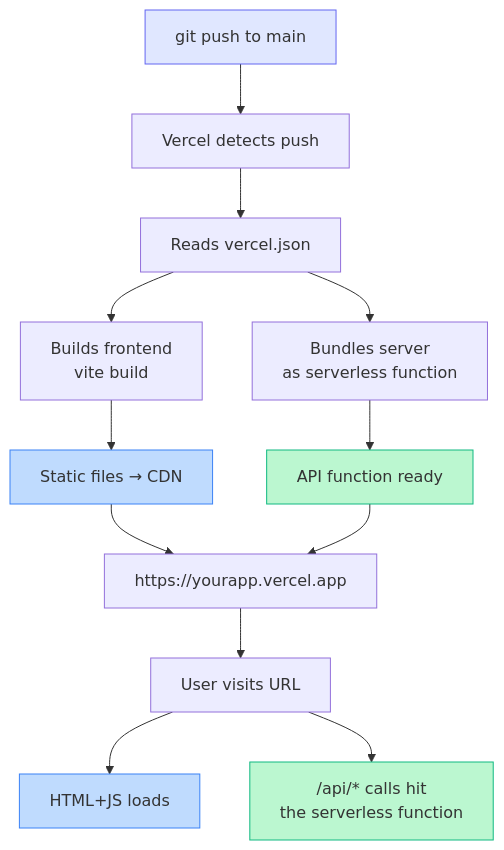
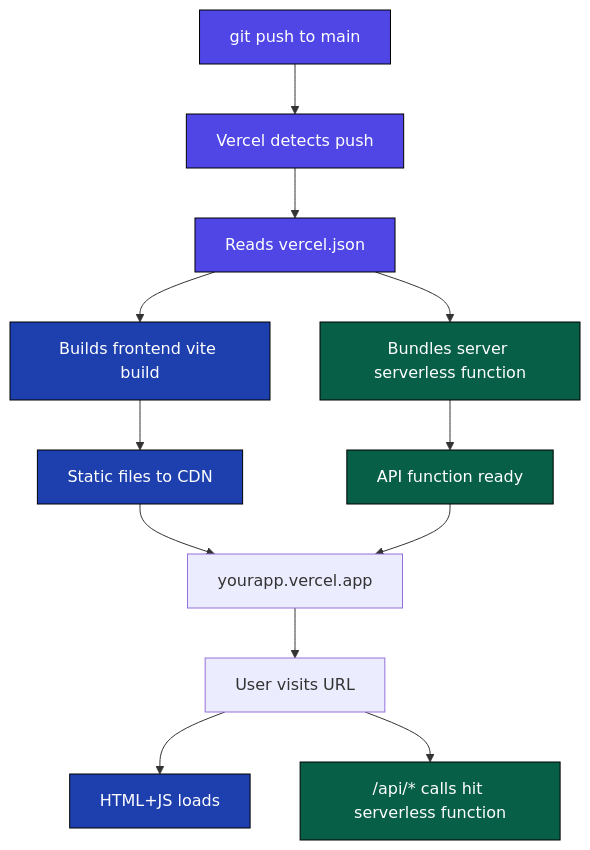
One commit to ahmadkhalil2021/fullstack-task-board changed the fifth of 7 diagrams in docs/build-architecture.md. Above: the diagram before and after it, drawn with Mermaid. The commit also changed other lines of this file, not shown here.

First line of the commit message:
Force dark backgrounds + white text in all Mermaid diagrams

````diff
--- a/docs/build-architecture.md
+++ b/docs/build-architecture.md
@@ -135,21 +141,21 @@
 ```mermaid
 flowchart TD
     A[git push to main] --> B[Vercel detects push]
     B --> C[Reads vercel.json]
-    C --> D[Builds frontend<br/>vite build]
-    C --> E[Bundles server<br/>as serverless function]
-    D --> F[Static files → CDN]
+    C --> D[Builds frontend vite build]
+    C --> E[Bundles server serverless function]
+    D --> F[Static files to CDN]
     E --> G[API function ready]
-    F --> H["https://yourapp.vercel.app"]
+    F --> H[yourapp.vercel.app]
     G --> H
     H --> I[User visits URL]
     I --> J[HTML+JS loads]
-    I --> K["/api/* calls hit<br/>the serverless function"]
+    I --> K["/api/* calls hit serverless function"]
 
-    classDef inputNode fill:#e0e7ff,stroke:#6366f1
-    classDef clientNode fill:#bfdbfe,stroke:#3b82f6
-    classDef serverNode fill:#bbf7d0,stroke:#10b981
-    class A inputNode
-    class F,J clientNode
-    class G,K serverNode
+    classDef inputNode fill:#4f46e5,stroke:#000,color:#fff
+    classDef clientNode fill:#1e40af,stroke:#000,color:#fff
+    classDef serverNode fill:#065f46,stroke:#000,color:#fff
+    class A,B,C inputNode
+    class D,F,J clientNode
+    class E,G,K serverNode
 ```
````
